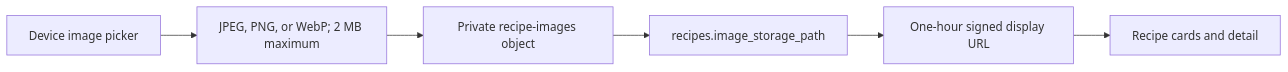
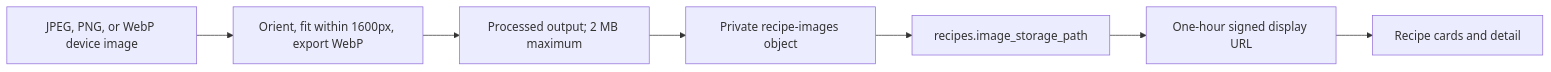
One commit to zzdlklzz/pocket-plates changed the second of 4 diagrams in docs/ARCHITECTURE.md. Above: the diagram before and after it, drawn with Mermaid. The commit also changed other lines of this file and 12 other files, not shown here.

````diff
--- a/docs/ARCHITECTURE.md
+++ b/docs/ARCHITECTURE.md
@@ -277,8 +278,9 @@
 ```mermaid
 flowchart LR
-    picker["Device image picker"] --> validation["JPEG, PNG, or WebP; 2 MB maximum"]
+    picker["JPEG, PNG, or WebP device image"] --> process["Orient, fit within 1600px, export WebP"]
+    process --> validation["Processed output; 2 MB maximum"]
     validation --> upload["Private recipe-images object"]
     upload --> path["recipes.image_storage_path"]
     path --> signed["One-hour signed display URL"]
     signed --> cards["Recipe cards and detail"]
 ```
````
